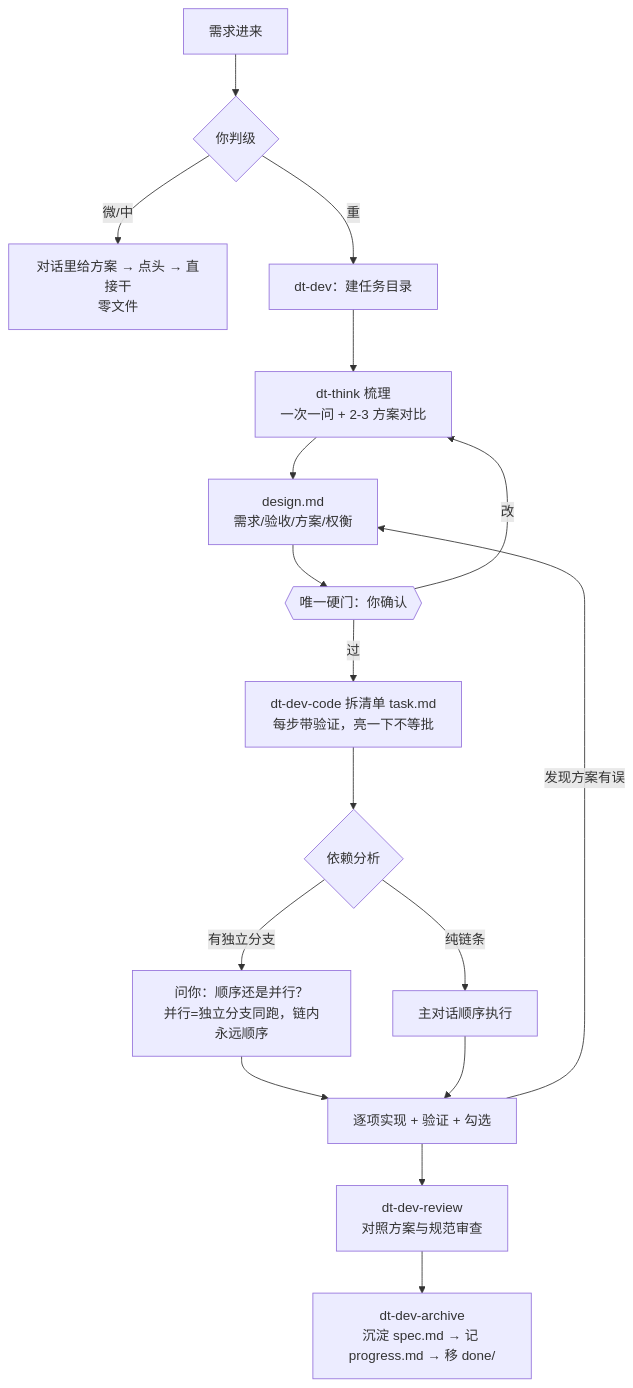
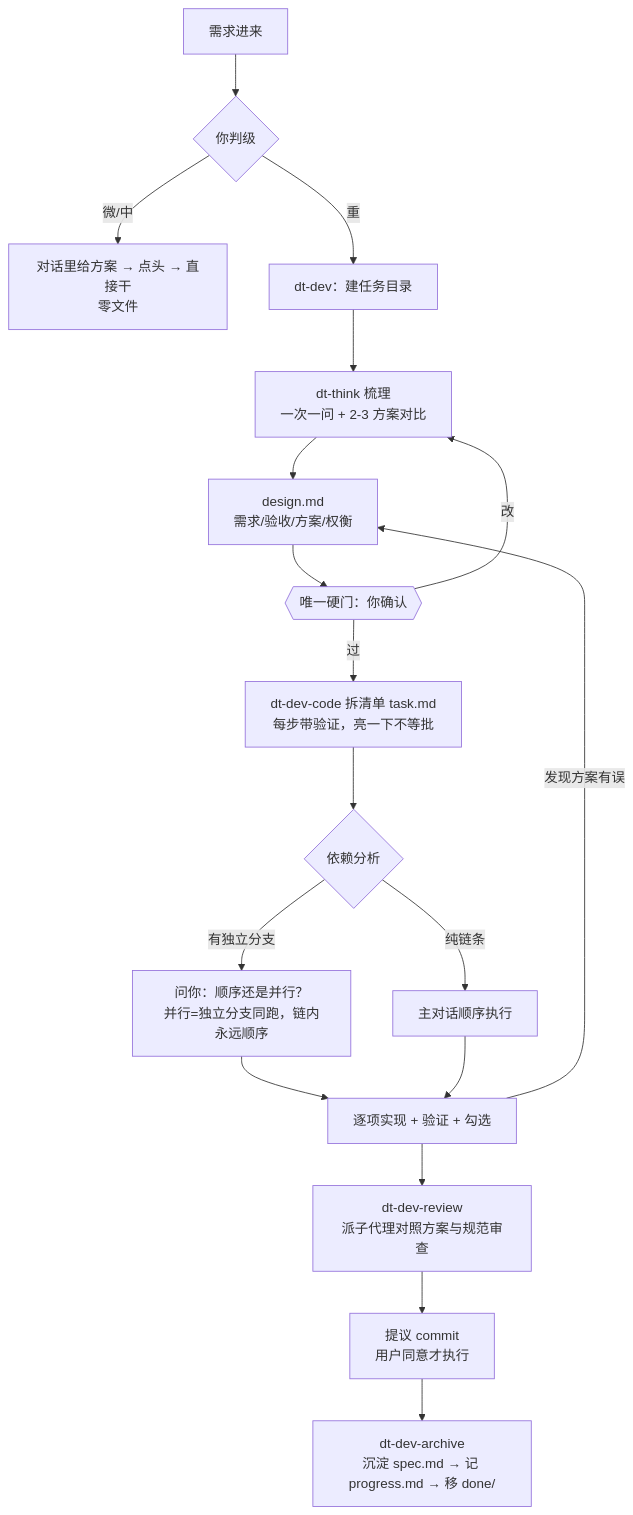
Before and after one commit to Daotin/dt-workflow: the diagram in README.md, drawn with Mermaid. The commit also changed other lines of this file and 5 other files, not shown here.

````diff
--- a/README.md
+++ b/README.md
@@ -76,19 +76,20 @@
 ```mermaid
 flowchart TD
     A[需求进来] --> B{你判级}
     B -->|微/中| C[对话里给方案 → 点头 → 直接干<br/>零文件]
     B -->|重| D[dt-dev：建任务目录]
     D --> E[dt-think 梳理<br/>一次一问 + 2-3 方案对比]
     E --> F[design.md<br/>需求/验收/方案/权衡]
     F --> G{{唯一硬门：你确认}}
     G -->|改| E
     G -->|过| H[dt-dev-code 拆清单 task.md<br/>每步带验证，亮一下不等批]
     H --> I{依赖分析}
     I -->|有独立分支| J[问你：顺序还是并行？<br/>并行=独立分支同跑，链内永远顺序]
     I -->|纯链条| K[主对话顺序执行]
     J --> L[逐项实现 + 验证 + 勾选]
     K --> L
     L -->|发现方案有误| F
-    L --> M[dt-dev-review<br/>对照方案与规范审查]
-    M --> N[dt-dev-archive<br/>沉淀 spec.md → 记 progress.md → 移 done/]
+    L --> M[dt-dev-review<br/>派子代理对照方案与规范审查]
+    M --> M2[提议 commit<br/>用户同意才执行]
+    M2 --> N[dt-dev-archive<br/>沉淀 spec.md → 记 progress.md → 移 done/]
 ```
````
